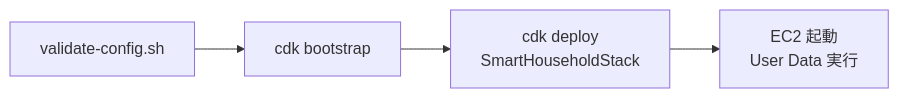
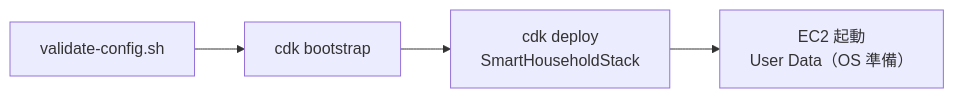
One commit to DRS22DownForce/SmartHouseholdAccountBook changed the second of 3 diagrams in docs/infrastructure/AWS/03-deployment-flow.md. Above: the diagram before and after it, drawn with Mermaid. The commit also changed other lines of this file and 10 other files, not shown here.

````diff
--- a/docs/infrastructure/AWS/03-deployment-flow.md
+++ b/docs/infrastructure/AWS/03-deployment-flow.md
@@ -83,9 +83,9 @@
 ```mermaid
 flowchart LR
     V["validate-config.sh"]
     B["cdk bootstrap"]
     D["cdk deploy<br/>SmartHouseholdStack"]
-    EC2["EC2 起動<br/>User Data 実行"]
+    EC2["EC2 起動<br/>User Data（OS 準備）"]
 
     V --> B --> D --> EC2
 ```
````
